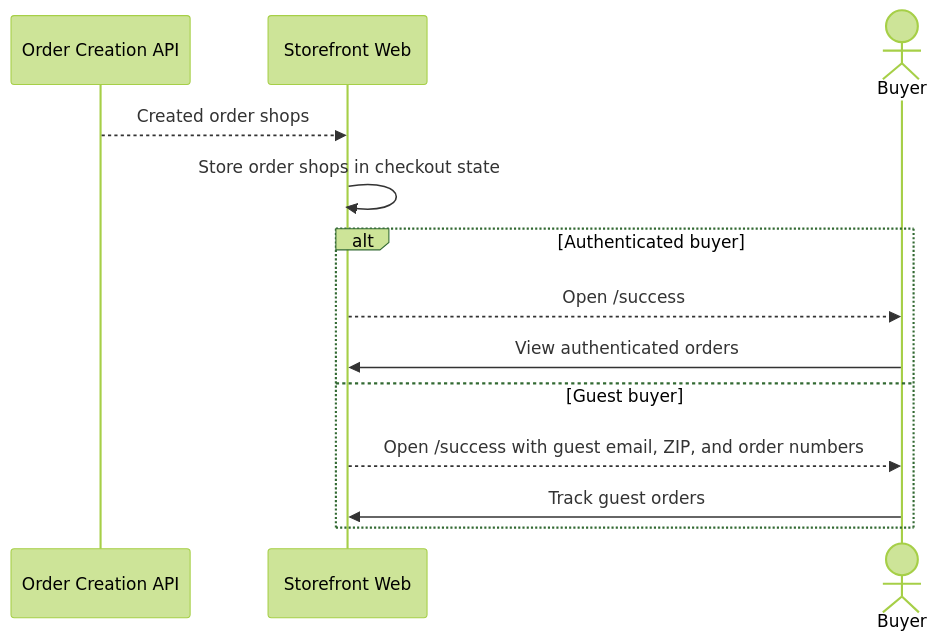
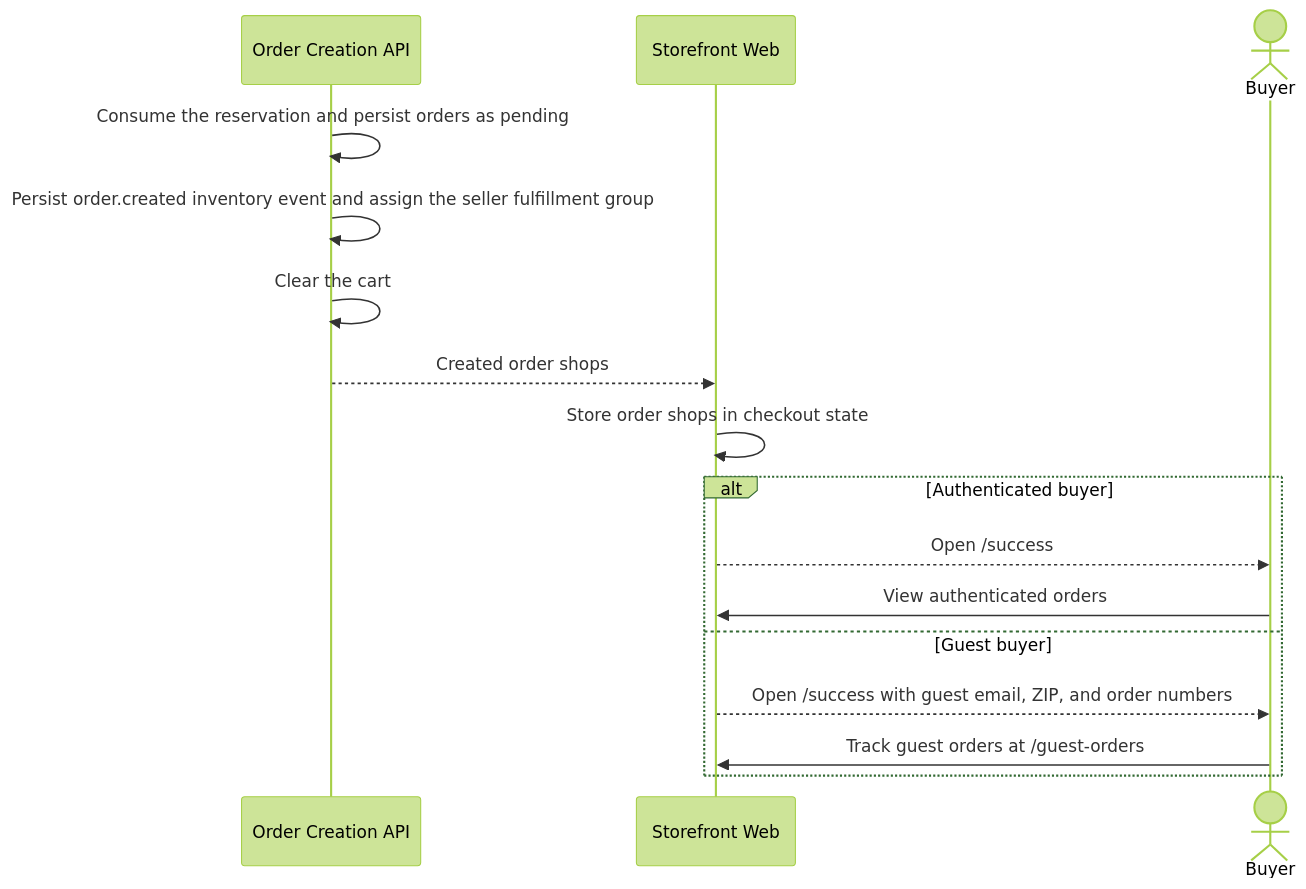
One commit to dauphaihau-arc/arc changed the diagram in docs/features/checkout/flows/cash-payment-success.md. Above: the diagram before and after it, drawn with Mermaid (forest theme). The commit also changed other lines of this file and 19 other files, not shown here.

Commit message:
docs(checkout): align checkout flows with implemented API contracts

````diff
--- a/docs/features/checkout/flows/cash-payment-success.md
+++ b/docs/features/checkout/flows/cash-payment-success.md
@@ -5,16 +5,19 @@
 ```mermaid
 sequenceDiagram
     participant Order as Order Creation API
     participant Web as Storefront Web
     actor Buyer
 
+    Order->>Order: Consume the reservation and persist orders as pending
+    Order->>Order: Persist order.created inventory event and assign the seller fulfillment group
+    Order->>Order: Clear the cart
     Order-->>Web: Created order shops
     Web->>Web: Store order shops in checkout state
     alt Authenticated buyer
         Web-->>Buyer: Open /success
         Buyer->>Web: View authenticated orders
     else Guest buyer
         Web-->>Buyer: Open /success with guest email, ZIP, and order numbers
-        Buyer->>Web: Track guest orders
+        Buyer->>Web: Track guest orders at /guest-orders
     end
 ```
````
